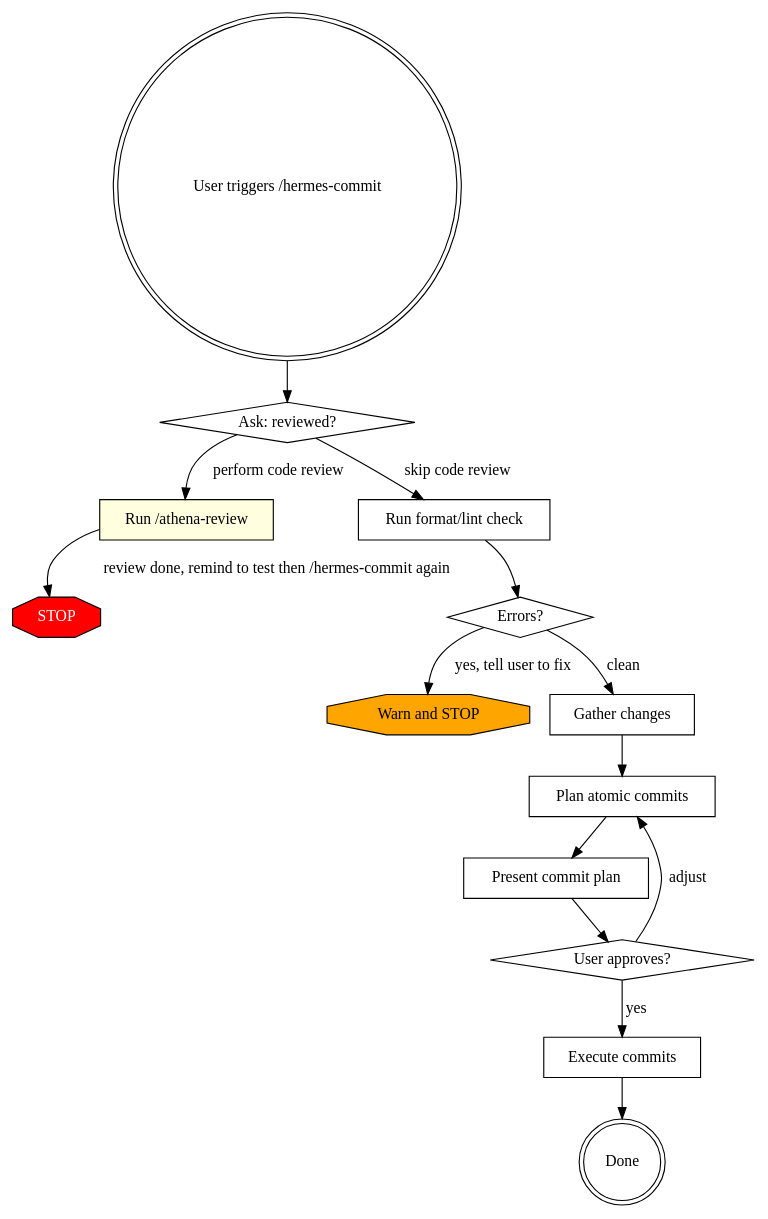
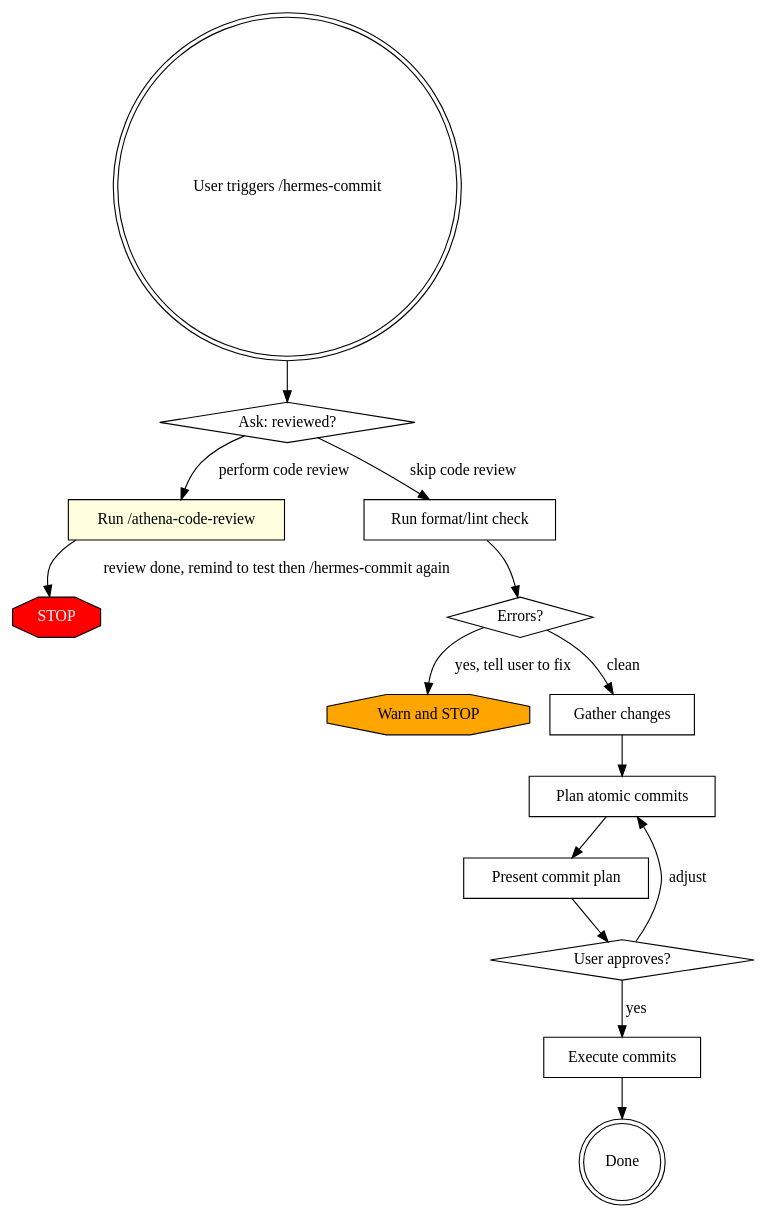
One commit to pandaworks-software-plt/pandahrms-skills changed the diagram in skills/hermes-commit/SKILL.md. Above: the diagram before and after it, drawn with Graphviz. The commit also changed other lines of this file and 13 other files, not shown here.

````diff
--- a/skills/hermes-commit/SKILL.md
+++ b/skills/hermes-commit/SKILL.md
@@ -19,31 +19,31 @@
 ```dot
 digraph commit {
     "User triggers /hermes-commit" [shape=doublecircle];
     "Ask: reviewed?" [shape=diamond];
-    "Run /athena-review" [shape=box, style=filled, fillcolor=lightyellow];
+    "Run /athena-code-review" [shape=box, style=filled, fillcolor=lightyellow];
     "STOP" [shape=octagon, style=filled, fillcolor=red, fontcolor=white];
     "Run format/lint check" [shape=box];
     "Errors?" [shape=diamond];
     "Warn and STOP" [shape=octagon, style=filled, fillcolor=orange];
     "Gather changes" [shape=box];
     "Plan atomic commits" [shape=box];
     "Present commit plan" [shape=box];
     "User approves?" [shape=diamond];
     "Execute commits" [shape=box];
     "Done" [shape=doublecircle];
 
     "User triggers /hermes-commit" -> "Ask: reviewed?";
-    "Ask: reviewed?" -> "Run /athena-review" [label="perform code review"];
-    "Run /athena-review" -> "STOP" [label="review done, remind to test then /hermes-commit again"];
+    "Ask: reviewed?" -> "Run /athena-code-review" [label="perform code review"];
+    "Run /athena-code-review" -> "STOP" [label="review done, remind to test then /hermes-commit again"];
     "Ask: reviewed?" -> "Run format/lint check" [label="skip code review"];
     "Run format/lint check" -> "Errors?" ;
     "Errors?" -> "Warn and STOP" [label="yes, tell user to fix"];
     "Errors?" -> "Gather changes" [label="clean"];
     "Gather changes" -> "Plan atomic commits";
     "Plan atomic commits" -> "Present commit plan";
     "Present commit plan" -> "User approves?";
     "User approves?" -> "Execute commits" [label="yes"];
     "User approves?" -> "Plan atomic commits" [label="adjust"];
     "Execute commits" -> "Done";
 }
 ```
````
